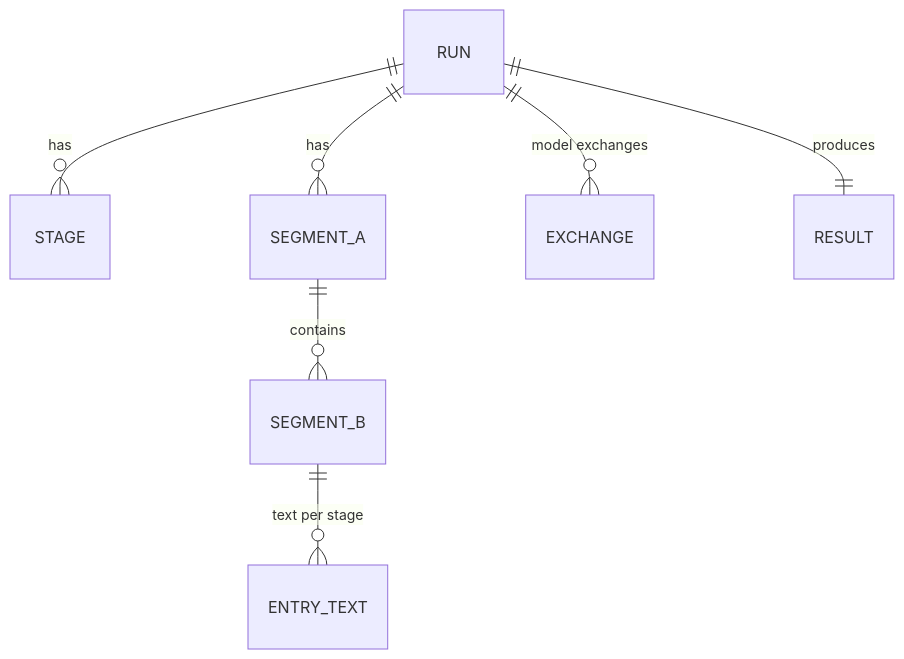
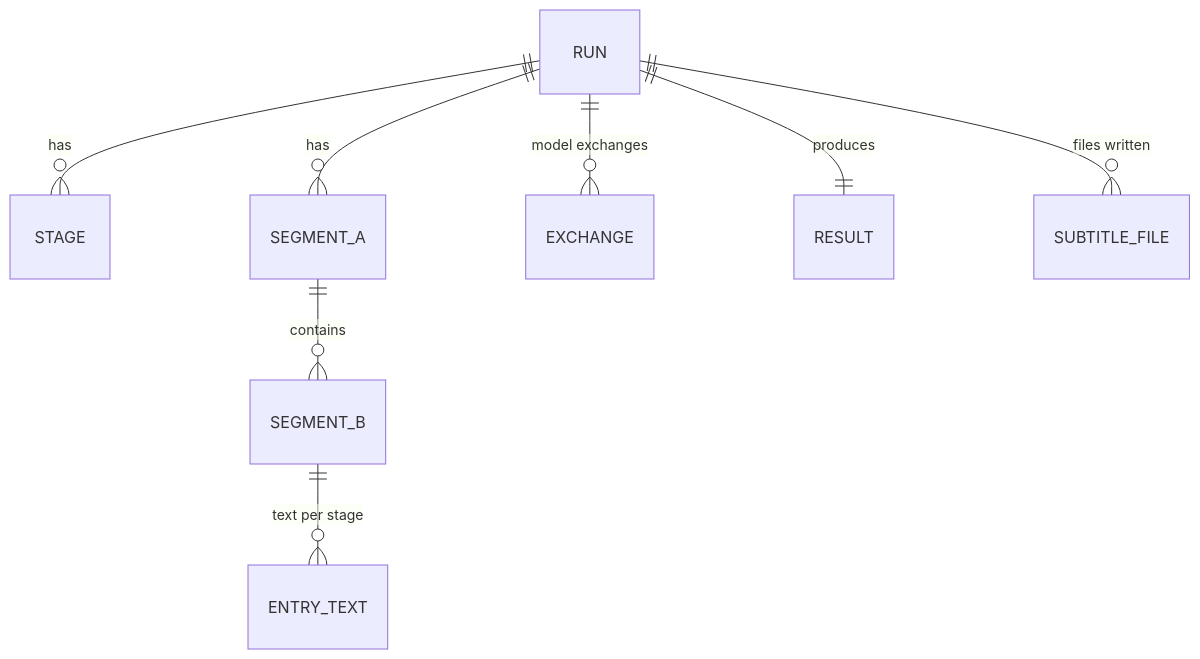
The diagram in docs/stable/transcribe-pipeline/06-data-model.md (lanyitin/runline), drawn with Mermaid before and after one commit. The commit also changed other lines of this file and 21 other files, not shown here.

````diff
--- a/docs/stable/transcribe-pipeline/06-data-model.md
+++ b/docs/stable/transcribe-pipeline/06-data-model.md
@@ -11,9 +11,10 @@
 ```mermaid
 erDiagram
   RUN ||--o{ STAGE : has
   RUN ||--o{ SEGMENT_A : has
   SEGMENT_A ||--o{ SEGMENT_B : contains
   SEGMENT_B ||--o{ ENTRY_TEXT : "text per stage"
   RUN ||--o{ EXCHANGE : "model exchanges"
   RUN ||--|| RESULT : produces
+  RUN ||--o{ SUBTITLE_FILE : "files written"
 ```
````
